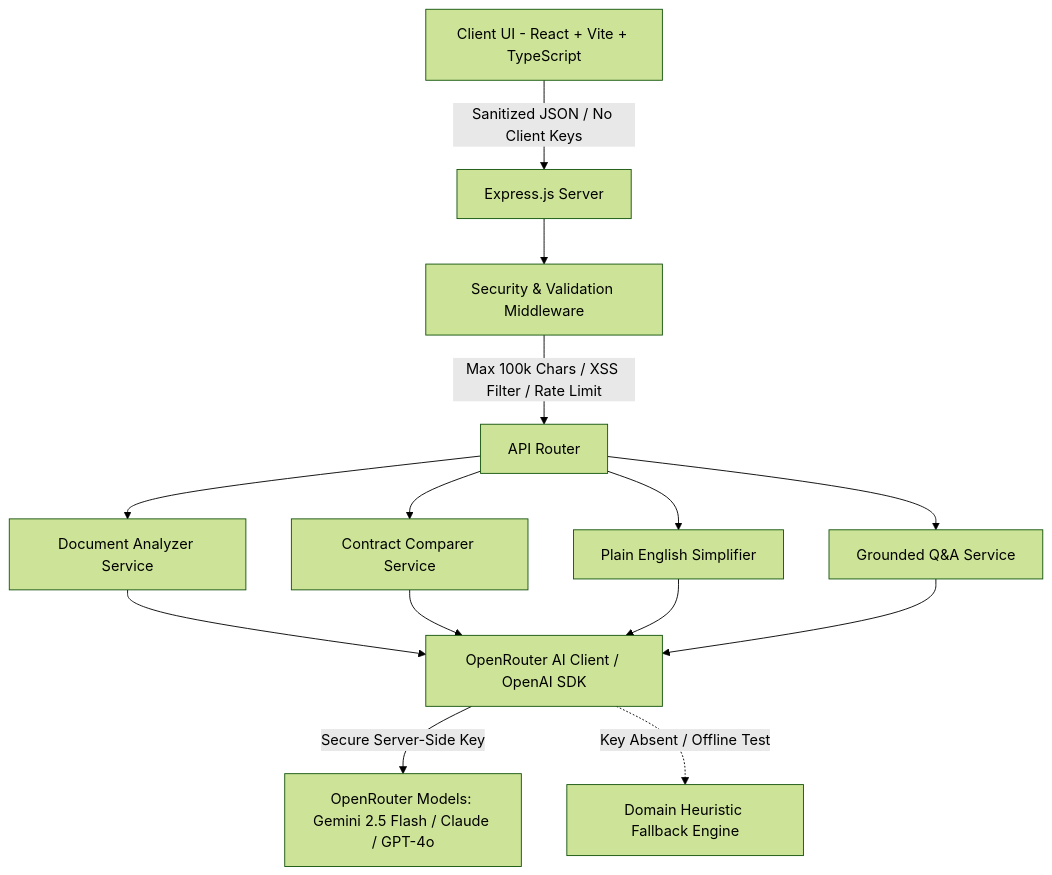
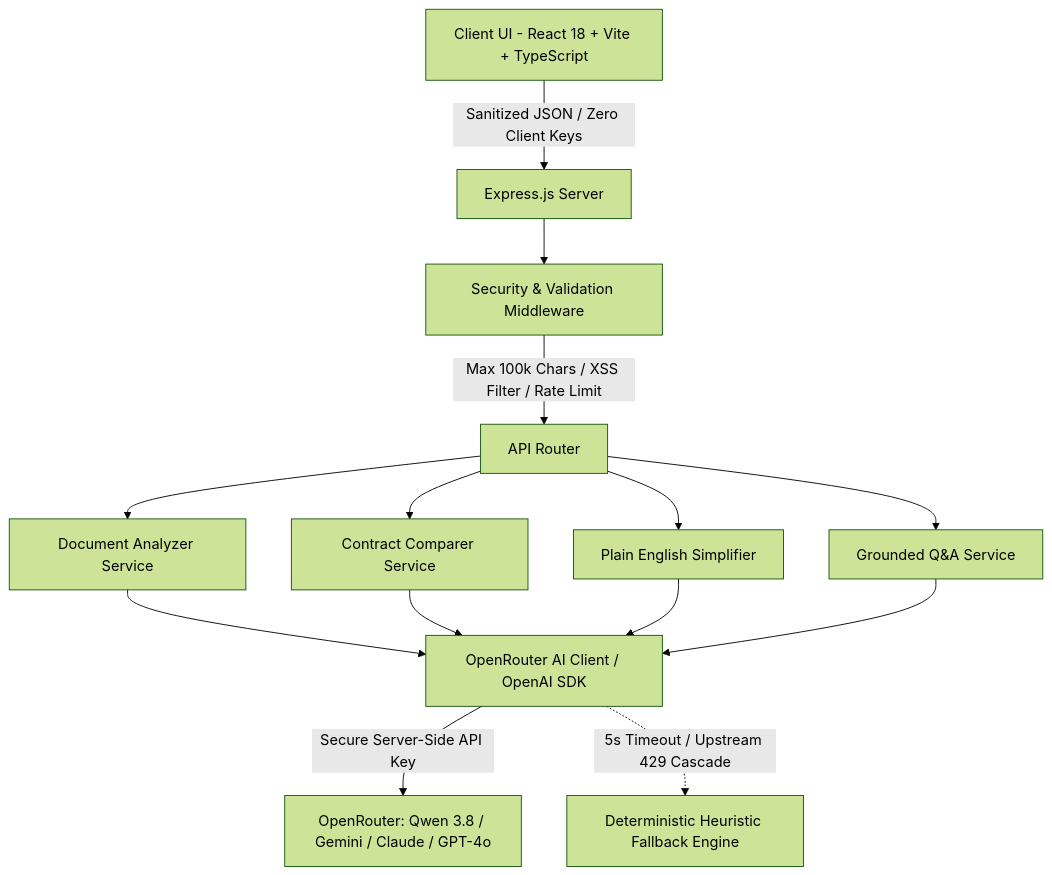
Before and after one commit to dheeraj0677/LegalLens: the diagram in README.md, drawn with Mermaid (forest theme). The commit also changed other lines of this file, not shown here.

````diff
--- a/README.md
+++ b/README.md
@@ -35,13 +38,13 @@
 ```mermaid
 graph TD
-    A[Client UI - React + Vite + TypeScript] -->|Sanitized JSON / No Client Keys| B[Express.js Server]
+    A[Client UI - React 18 + Vite + TypeScript] -->|Sanitized JSON / Zero Client Keys| B[Express.js Server]
     B --> C[Security & Validation Middleware]
     C -->|Max 100k Chars / XSS Filter / Rate Limit| D[API Router]
     D --> E1[Document Analyzer Service]
     D --> E2[Contract Comparer Service]
     D --> E3[Plain English Simplifier]
     D --> E4[Grounded Q&A Service]
     E1 & E2 & E3 & E4 --> F[OpenRouter AI Client / OpenAI SDK]
-    F -->|Secure Server-Side Key| G[OpenRouter Models: Gemini 2.5 Flash / Claude / GPT-4o]
-    F -.->|Key Absent / Offline Test| H[Domain Heuristic Fallback Engine]
+    F -->|Secure Server-Side API Key| G[OpenRouter: Qwen 3.8 / Gemini / Claude / GPT-4o]
+    F -.->|5s Timeout / Upstream 429 Cascade| H[Deterministic Heuristic Fallback Engine]
 ```
````
